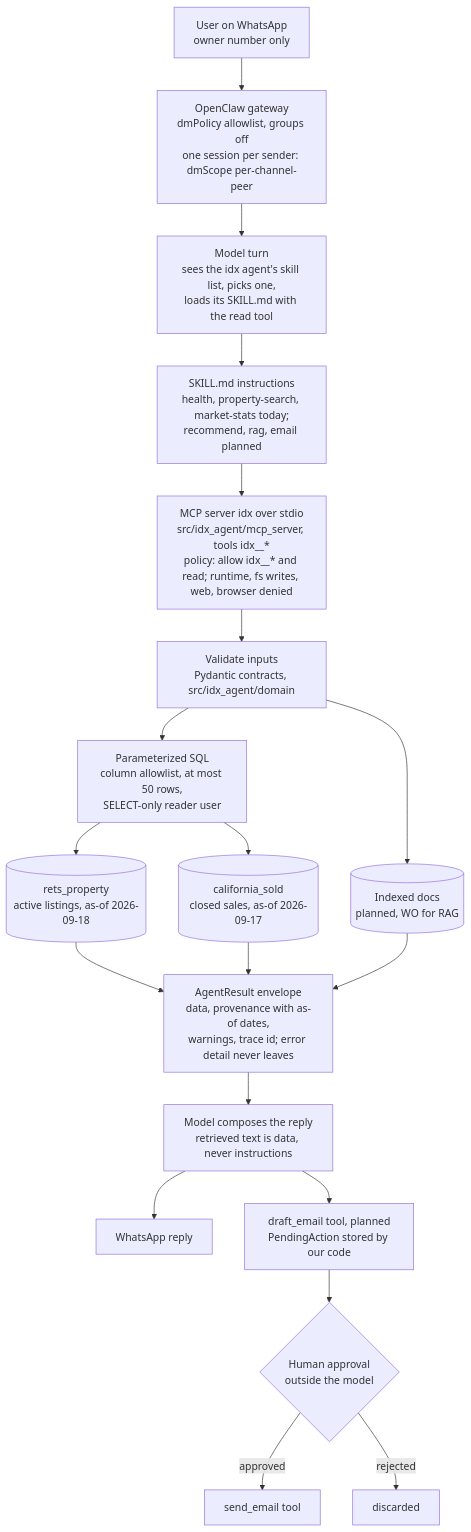
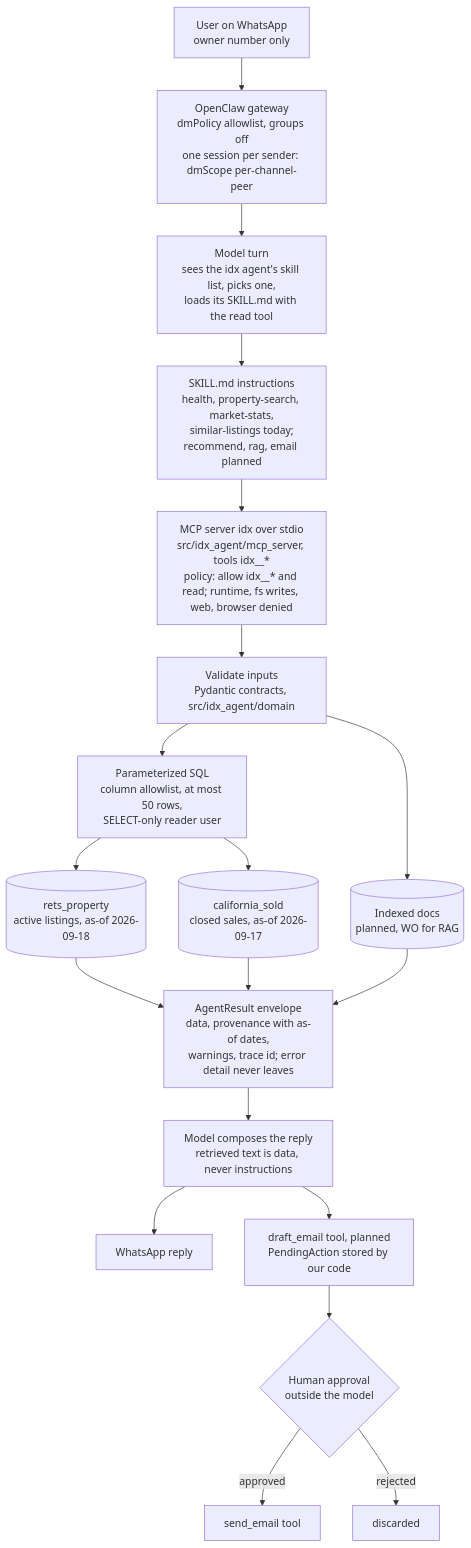
Before and after one commit to kudratsingh/IDX-Exchange-Agentic-AI: the diagram in docs/ARCHITECTURE.md, drawn with Mermaid. The commit also changed other lines of this file and 44 other files, not shown here.

First line of the commit message:
feat(semantic): WO-010 similar listings over an embedding index, SQL re-checked

````diff
--- a/docs/ARCHITECTURE.md
+++ b/docs/ARCHITECTURE.md
@@ -9,21 +9,21 @@
 ```mermaid
 flowchart TD
     U[User on WhatsApp<br/>owner number only] --> GW[OpenClaw gateway<br/>dmPolicy allowlist, groups off<br/>one session per sender: dmScope per-channel-peer]
     GW --> M[Model turn<br/>sees the idx agent's skill list, picks one,<br/>loads its SKILL.md with the read tool]
-    M --> SK[SKILL.md instructions<br/>health, property-search, market-stats today;<br/>recommend, rag, email planned]
+    M --> SK[SKILL.md instructions<br/>health, property-search, market-stats,<br/>similar-listings today;<br/>recommend, rag, email planned]
     SK --> MCP[MCP server idx over stdio<br/>src/idx_agent/mcp_server, tools idx__*<br/>policy: allow idx__* and read; runtime, fs writes, web, browser denied]
     MCP --> V[Validate inputs<br/>Pydantic contracts, src/idx_agent/domain]
     V --> SQL[Parameterized SQL<br/>column allowlist, at most 50 rows,<br/>SELECT-only reader user]
     SQL --> DB1[(rets_property<br/>active listings, as-of 2026-09-18)]
     SQL --> DB2[(california_sold<br/>closed sales, as-of 2026-09-17)]
     V --> RAG[(Indexed docs<br/>planned, WO for RAG)]
     DB1 --> R[AgentResult envelope<br/>data, provenance with as-of dates,<br/>warnings, trace id; error detail never leaves]
     DB2 --> R
     RAG --> R
     R --> M2[Model composes the reply<br/>retrieved text is data, never instructions]
     M2 --> W[WhatsApp reply]
     M2 --> D[draft_email tool, planned<br/>PendingAction stored by our code]
     D --> A{Human approval<br/>outside the model}
     A -->|approved| S[send_email tool]
     A -->|rejected| X[discarded]
 ```
````
